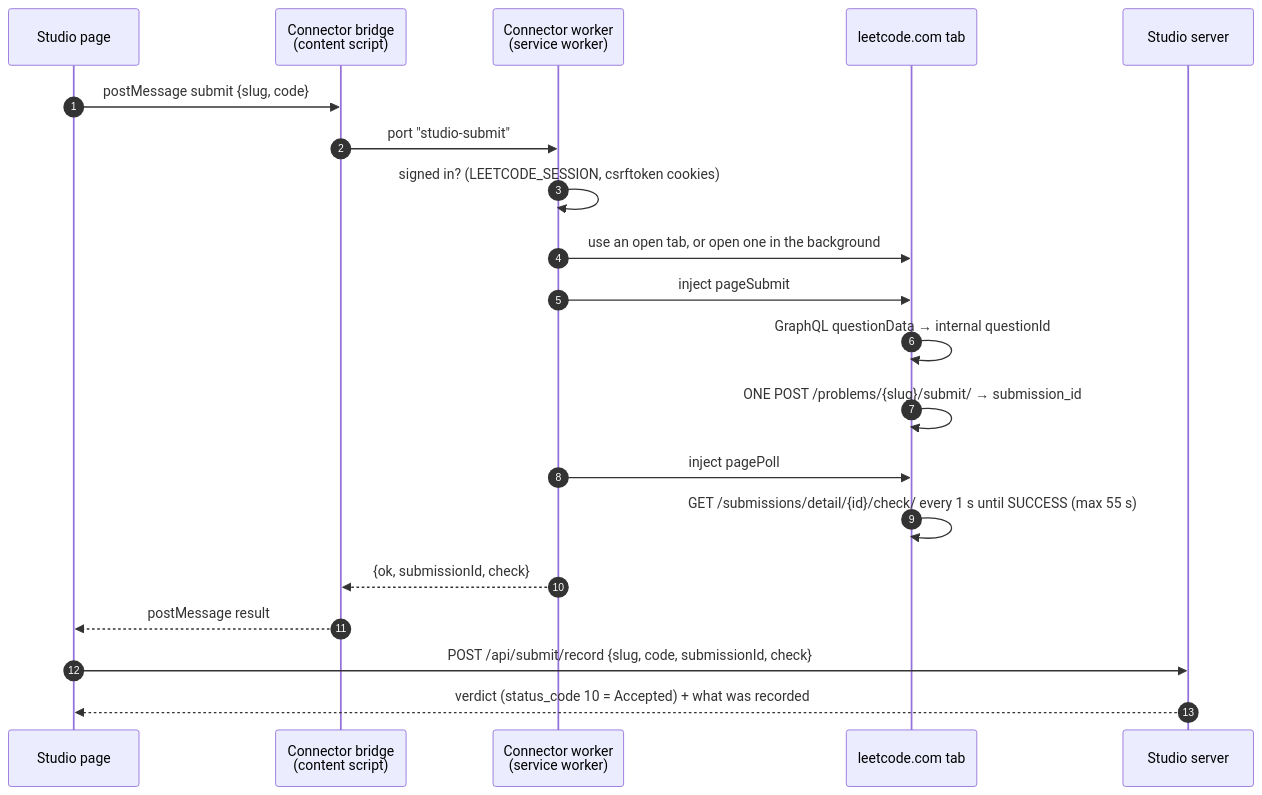
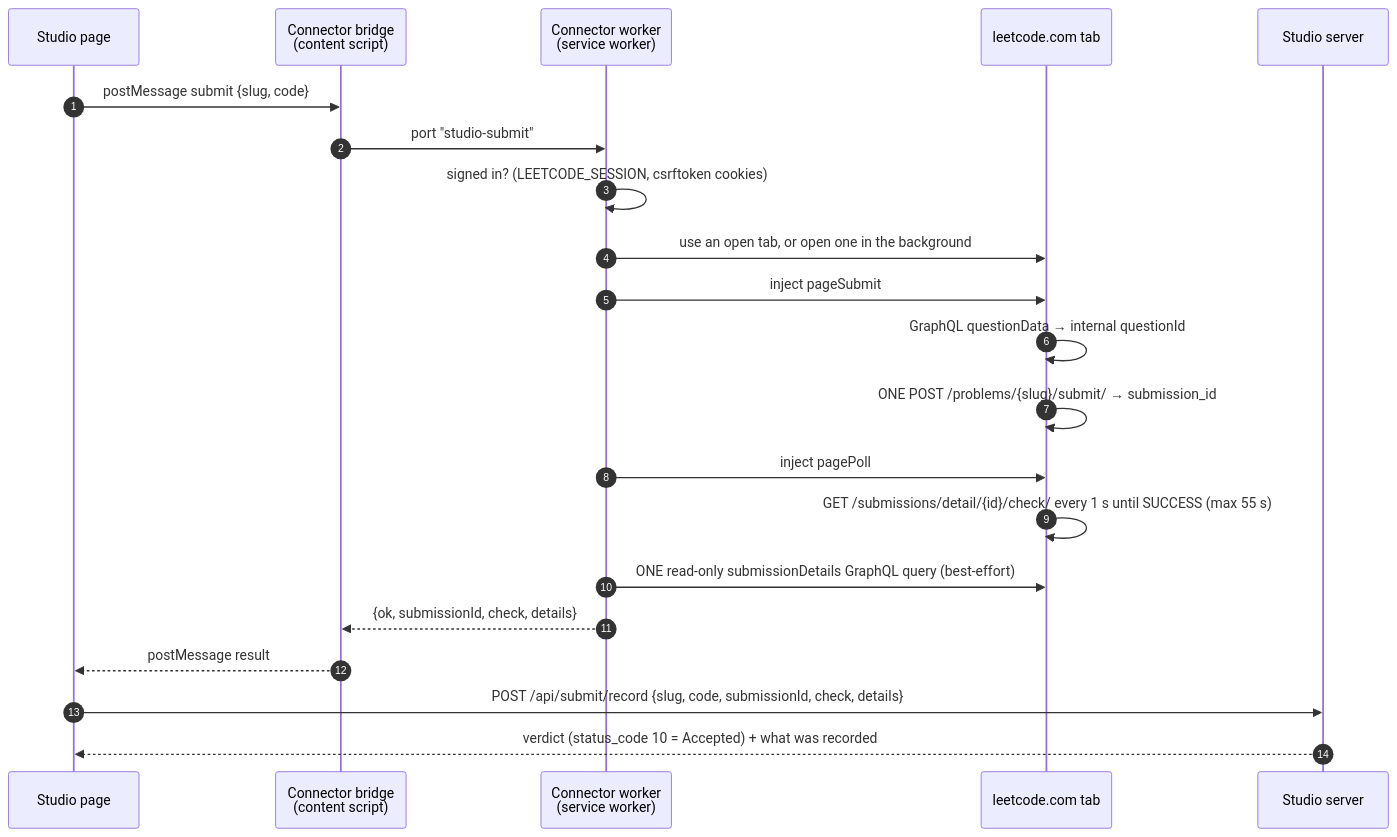
The first of 2 diagrams in docs/SUBMITTING.md (dhirajcdry/practice-studio), drawn with Mermaid before and after one commit. The commit also changed other lines of this file and 50 other files, not shown here.

````diff
--- a/docs/SUBMITTING.md
+++ b/docs/SUBMITTING.md
@@ -30,22 +30,23 @@
 ```mermaid
 sequenceDiagram
   autonumber
   participant P as Studio page
   participant B as Connector bridge<br/>(content script)
   participant W as Connector worker<br/>(service worker)
   participant T as leetcode.com tab
   participant S as Studio server
   P->>B: postMessage submit {slug, code}
   B->>W: port "studio-submit"
   W->>W: signed in? (LEETCODE_SESSION, csrftoken cookies)
   W->>T: use an open tab, or open one in the background
   W->>T: inject pageSubmit
   T->>T: GraphQL questionData → internal questionId
   T->>T: ONE POST /problems/{slug}/submit/ → submission_id
   W->>T: inject pagePoll
   T->>T: GET /submissions/detail/{id}/check/ every 1 s until SUCCESS (max 55 s)
-  W-->>B: {ok, submissionId, check}
+  W->>T: ONE read-only submissionDetails GraphQL query (best-effort)
+  W-->>B: {ok, submissionId, check, details}
   B-->>P: postMessage result
-  P->>S: POST /api/submit/record {slug, code, submissionId, check}
+  P->>S: POST /api/submit/record {slug, code, submissionId, check, details}
   S-->>P: verdict (status_code 10 = Accepted) + what was recorded
 ```
````
